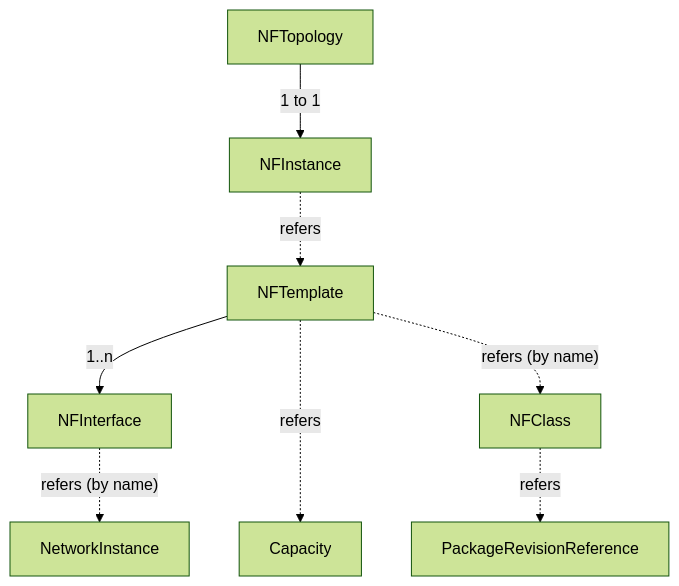
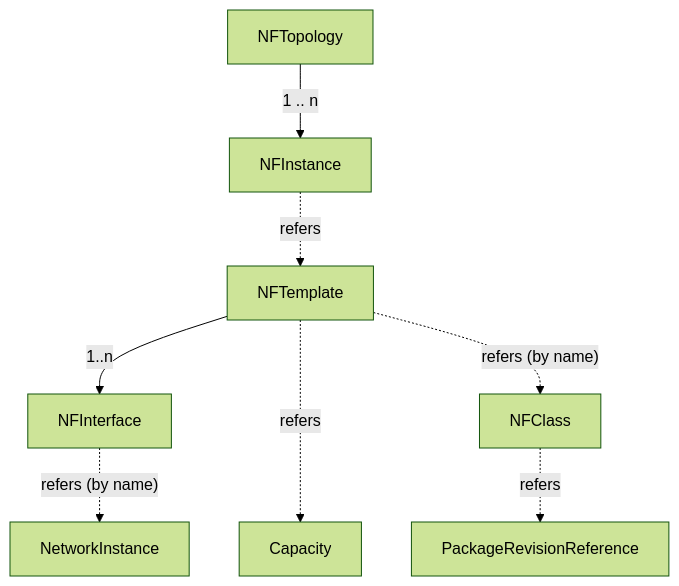
One commit to ciaranjohnston/nephio-api changed the diagram in README.md. Above: the diagram before and after it, drawn with Mermaid (forest theme).

Commit message:
Added alternative views using d2 and mermaid

````diff
--- a/README.md
+++ b/README.md
@@ -19,11 +19,11 @@
 ```mermaid
 flowchart TD
-    NFTopology-- 1 to 1 -->NFInstance
+    NFTopology-- 1 .. n -->NFInstance
     NFInstance -. refers .-> NFTemplate
     NFTemplate -- 1..n --> NFInterface
     NFInterface -. refers (by name) .-> NetworkInstance
     NFTemplate-.refers..->Capacity
     NFTemplate -. refers (by name) .-> NFClass
     NFClass -. refers .-> PackageRevisionReference
 
 ```
````
